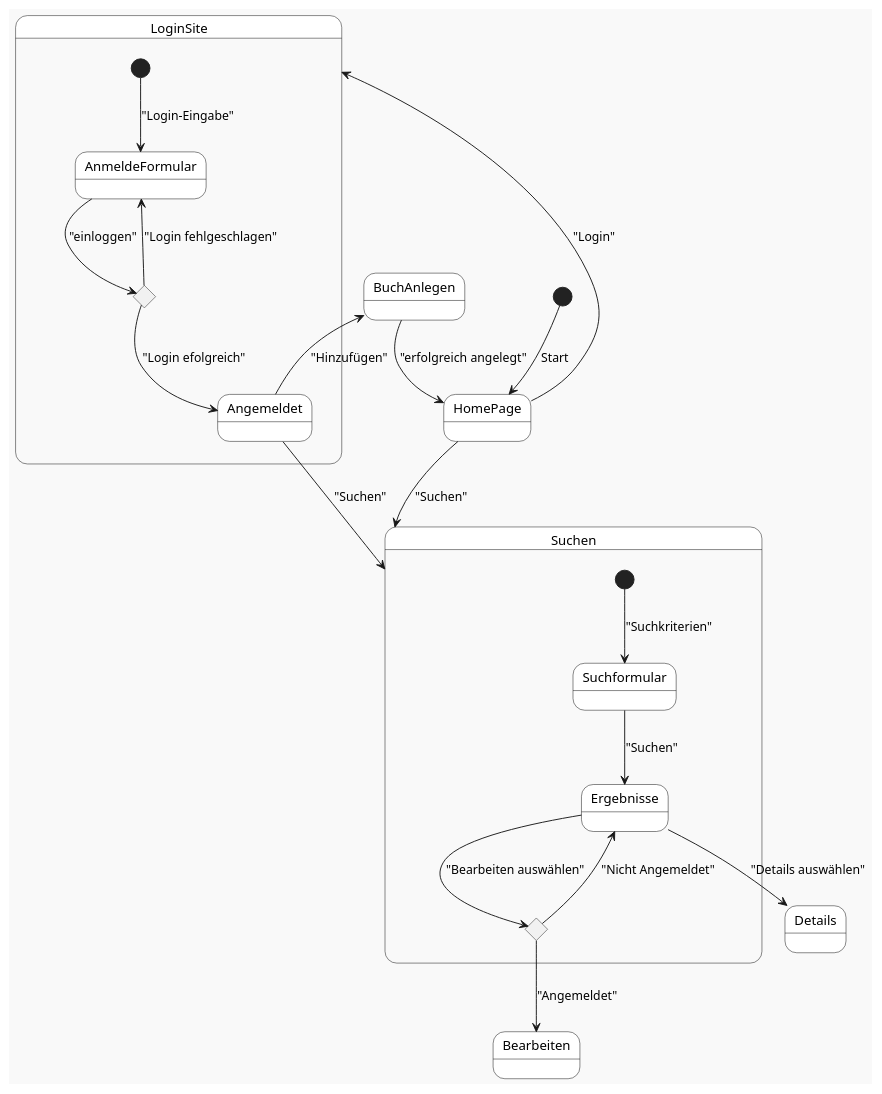
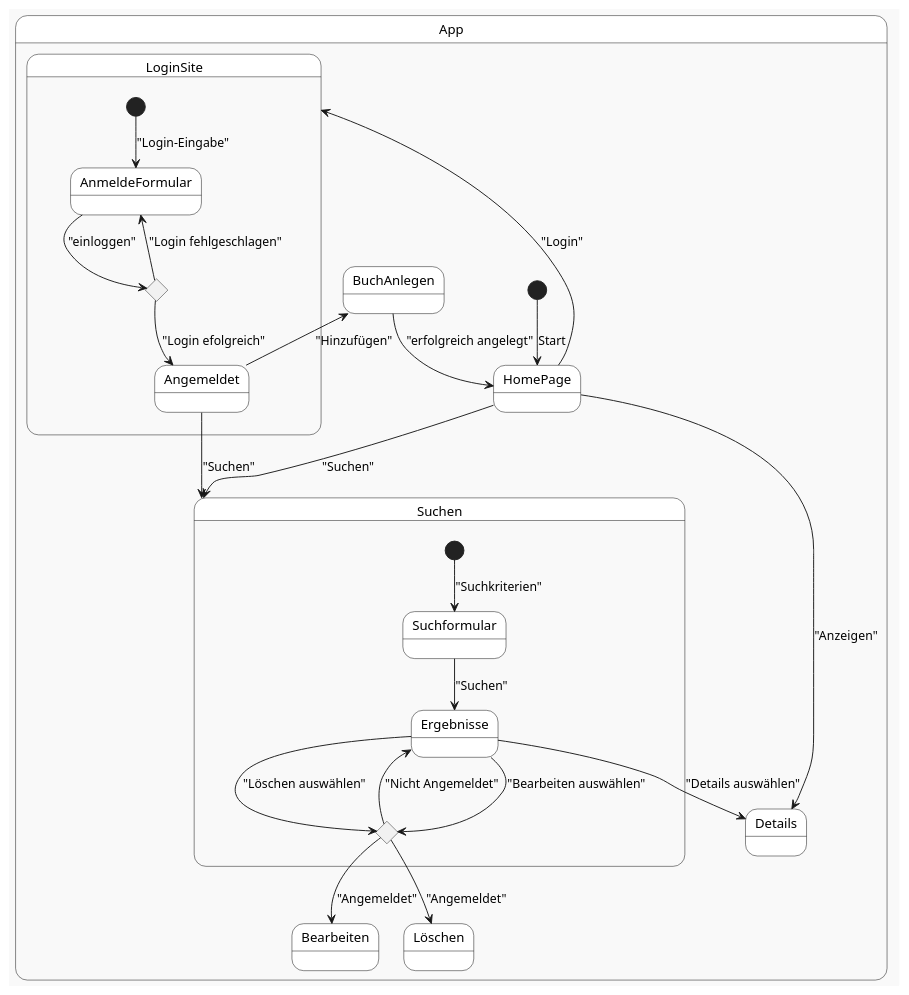
The diagram in extras/Zustandsdiagramm.plantuml (MarcoC567/buch_frontend), drawn with PlantUML before and after one commit.

Commit message:
Ergänzung Sequenzdiagramm

```diff
--- a/extras/Zustandsdiagramm.plantuml
+++ b/extras/Zustandsdiagramm.plantuml
@@ -1,36 +1,40 @@
-@startuml
+@startuml Bookstore
 skinparam backgroundColor #f9f9f9
 skinparam state {
     BackgroundColor White
     BorderColor Black
     FontColor Black
 }
 
+state App {
 [*] --> HomePage : Start
 
 HomePage --> LoginSite : "Login"
 HomePage --> Suchen : "Suchen"
+HomePage --> Details : "Anzeigen"
 
 state LoginSite {
     [*] --> AnmeldeFormular : "Login-Eingabe"
     state entscheidung <<choice>>
     AnmeldeFormular --> entscheidung :"einloggen"
     entscheidung --> AnmeldeFormular : "Login fehlgeschlagen"
     entscheidung --> Angemeldet : "Login efolgreich"
 }
 
 Angemeldet --> BuchAnlegen : "Hinzufügen"
 BuchAnlegen --> HomePage : "erfolgreich angelegt"
 Angemeldet --> Suchen : "Suchen"
 
 state Suchen {
     [*] --> Suchformular : "Suchkriterien"
     state bedingung <<choice>>
     Suchformular --> Ergebnisse : "Suchen"
     Ergebnisse --> bedingung : "Bearbeiten auswählen"
+    Ergebnisse --> bedingung : "Löschen auswählen"
     bedingung --> Ergebnisse : "Nicht Angemeldet"
 }
 bedingung --> Bearbeiten : "Angemeldet"
+bedingung --> Löschen : "Angemeldet"
 Ergebnisse --> Details : "Details auswählen"
-
+}
 @enduml
```
